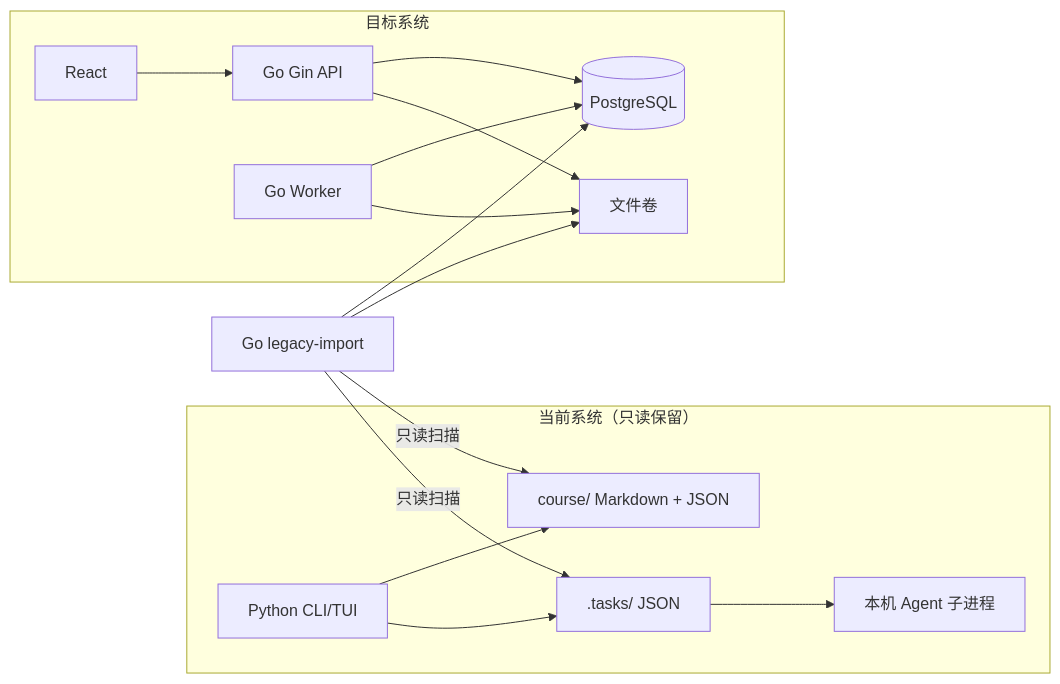
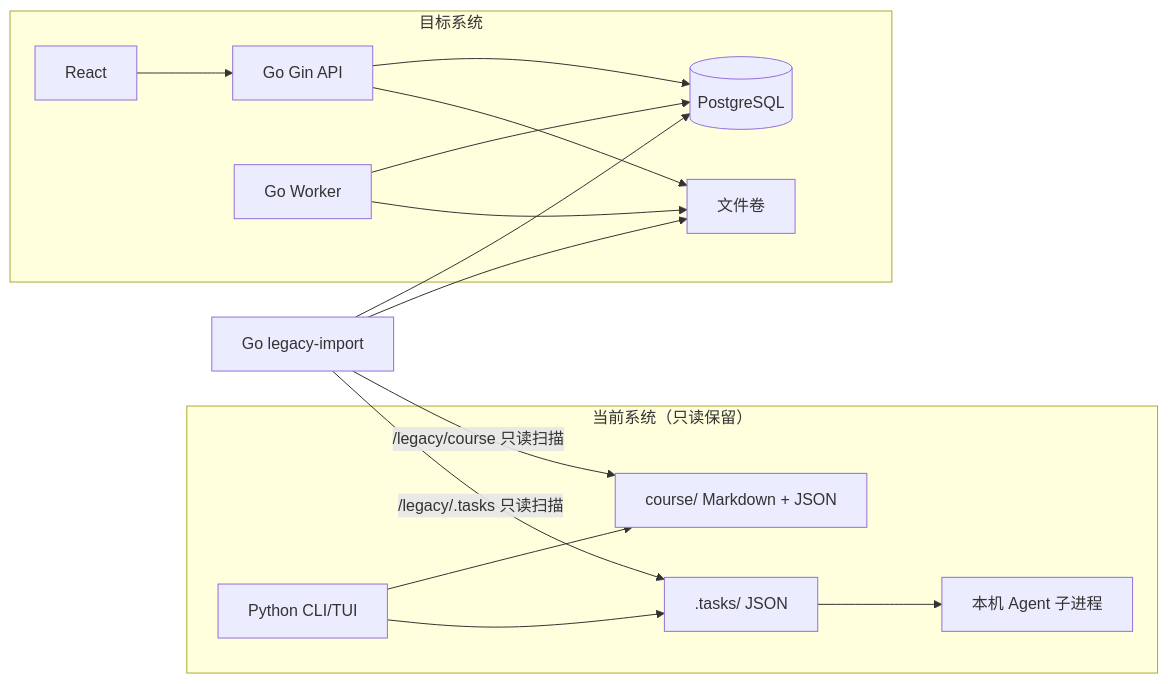
Before and after one commit to TSY244/ai-study-tutor: the diagram in docs/web-rebuild/07-migration-roadmap.md, drawn with Mermaid. The commit also changed other lines of this file and 602 other files, not shown here.

````diff
--- a/docs/web-rebuild/07-migration-roadmap.md
+++ b/docs/web-rebuild/07-migration-roadmap.md
@@ -16,31 +16,31 @@
 ```mermaid
 flowchart LR
     subgraph Legacy["当前系统（只读保留）"]
         CLI[Python CLI/TUI]
         CourseDir[course/ Markdown + JSON]
         TaskDir[.tasks/ JSON]
         Agent[本机 Agent 子进程]
         CLI --> CourseDir
         CLI --> TaskDir
         TaskDir --> Agent
     end
 
-    Importer[Go legacy-import] -->|只读扫描| CourseDir
-    Importer -->|只读扫描| TaskDir
+    Importer[Go legacy-import] -->|/legacy/course 只读扫描| CourseDir
+    Importer -->|/legacy/.tasks 只读扫描| TaskDir
 
     subgraph Target[目标系统]
         Web[React]
         API[Go Gin API]
         Worker[Go Worker]
         DB[(PostgreSQL)]
         Files[文件卷]
         Web --> API
         API --> DB
         API --> Files
         Worker --> DB
         Worker --> Files
     end
 
     Importer --> DB
     Importer --> Files
 ```
````
